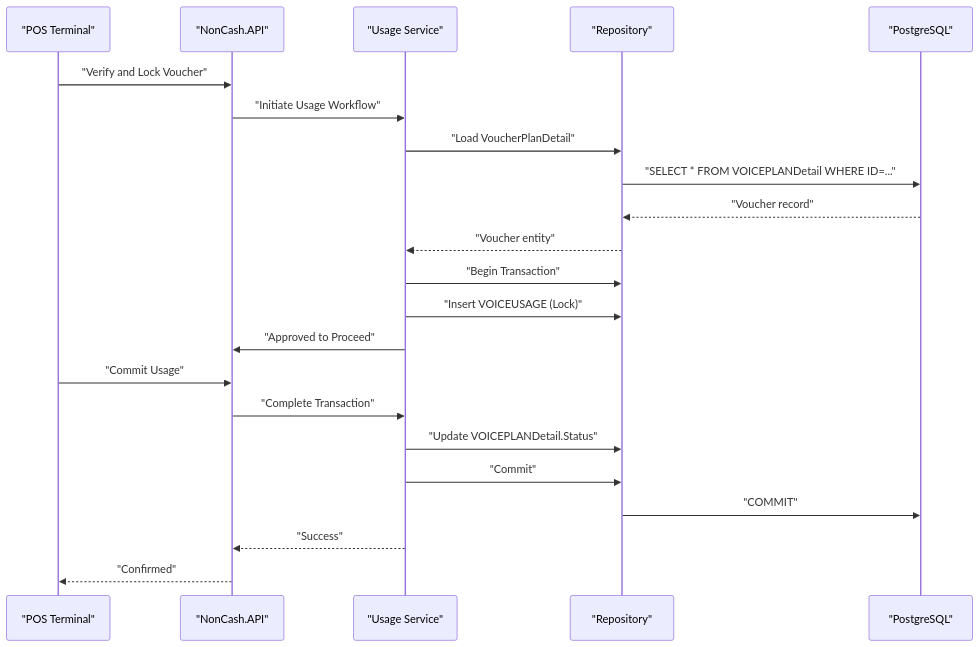
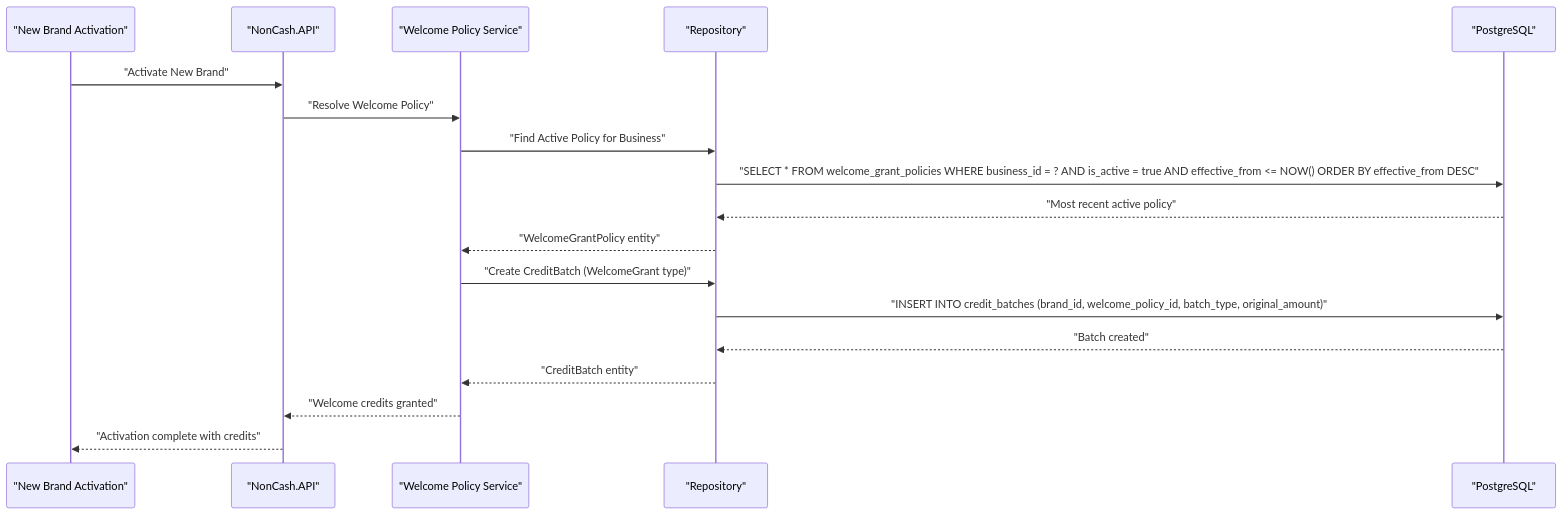
The fourth of 5 diagrams in .qoder/repowiki/en/content/Data Models and Database Design/Entity Relationships and Schema Design.md (lamhongbac/NonCash), drawn with Mermaid before and after one commit. The commit also changed other lines of this file and 28 other files, not shown here.

````diff
--- a/.qoder/repowiki/en/content/Data Models and Database Design/Entity Relationships and Schema Design.md
+++ b/.qoder/repowiki/en/content/Data Models and Database Design/Entity Relationships and Schema Design.md
@@ -274,24 +348,20 @@
 ```mermaid
 sequenceDiagram
-participant POS as "POS Terminal"
+participant Brand as "New Brand Activation"
 participant API as "NonCash.API"
-participant SVC as "Usage Service"
+participant SVC as "Welcome Policy Service"
 participant REPO as "Repository"
 participant DB as "PostgreSQL"
-POS->>API : "Verify and Lock Voucher"
-API->>SVC : "Initiate Usage Workflow"
-SVC->>REPO : "Load VoucherPlanDetail"
-REPO->>DB : "SELECT * FROM VOICEPLANDetail WHERE ID=..."
-DB-->>REPO : "Voucher record"
-REPO-->>SVC : "Voucher entity"
-SVC->>REPO : "Begin Transaction"
-SVC->>REPO : "Insert VOICEUSAGE (Lock)"
-SVC->>API : "Approved to Proceed"
-POS->>API : "Commit Usage"
-API->>SVC : "Complete Transaction"
-SVC->>REPO : "Update VOICEPLANDetail.Status"
-SVC->>REPO : "Commit"
-REPO->>DB : "COMMIT"
-SVC-->>API : "Success"
-API-->>POS : "Confirmed"
+Brand->>API : "Activate New Brand"
+API->>SVC : "Resolve Welcome Policy"
+SVC->>REPO : "Find Active Policy for Business"
+REPO->>DB : "SELECT * FROM welcome_grant_policies WHERE business_id = ? AND is_active = true AND effective_from <= NOW() ORDER BY effective_from DESC"
+DB-->>REPO : "Most recent active policy"
+REPO-->>SVC : "WelcomeGrantPolicy entity"
+SVC->>REPO : "Create CreditBatch (WelcomeGrant type)"
+REPO->>DB : "INSERT INTO credit_batches (brand_id, welcome_policy_id, batch_type, original_amount)"
+DB-->>REPO : "Batch created"
+REPO-->>SVC : "CreditBatch entity"
+SVC-->>API : "Welcome credits granted"
+API-->>Brand : "Activation complete with credits"
 ```
````
